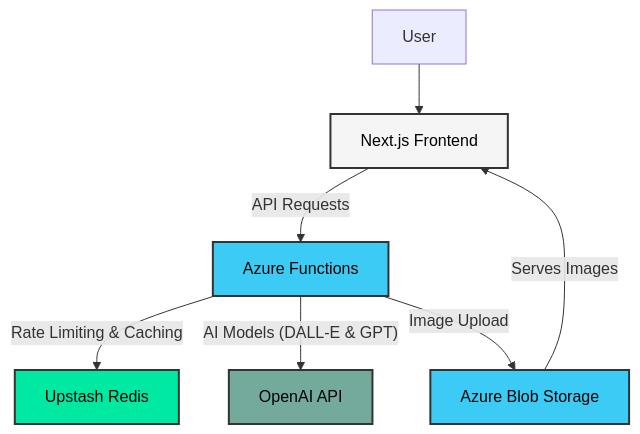
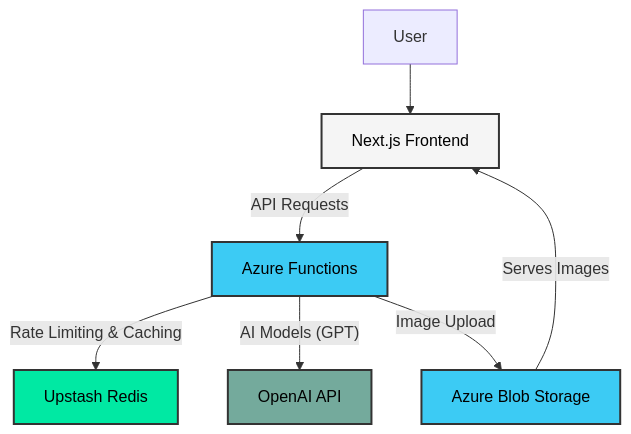
One commit to apollen27983/2023_image_project changed the diagram in README.md. Above: the diagram before and after it, drawn with Mermaid. The commit also changed other lines of this file, not shown here.

````diff
--- a/README.md
+++ b/README.md
@@ -34,15 +34,15 @@
 ```mermaid
 graph TD
     User --> Frontend[Next.js Frontend];
     Frontend -- "API Requests" --> Backend[Azure Functions];
     Backend -- "Rate Limiting & Caching" --> Redis[Upstash Redis];
-    Backend -- "AI Models (DALL-E & GPT)" --> OpenAI[OpenAI API];
+    Backend -- "AI Models (GPT)" --> OpenAI[OpenAI API];
     Backend -- "Image Upload" --> Storage[Azure Blob Storage];
     Storage -- "Serves Images" --> Frontend;
 
     style Frontend fill:#F5F5F5,color:#000,stroke:#333,stroke-width:2px;
     style Backend fill:#3CCBF4,color:#000,stroke:#333,stroke-width:2px;
     style Redis fill:#00E9A3,color:#000,stroke:#333,stroke-width:2px;
     style OpenAI fill:#74AA9C,color:#000,stroke:#333,stroke-width:2px;
     style Storage fill:#3CCBF4,color:#000,stroke:#333,stroke-width:2px;
 ```
````
